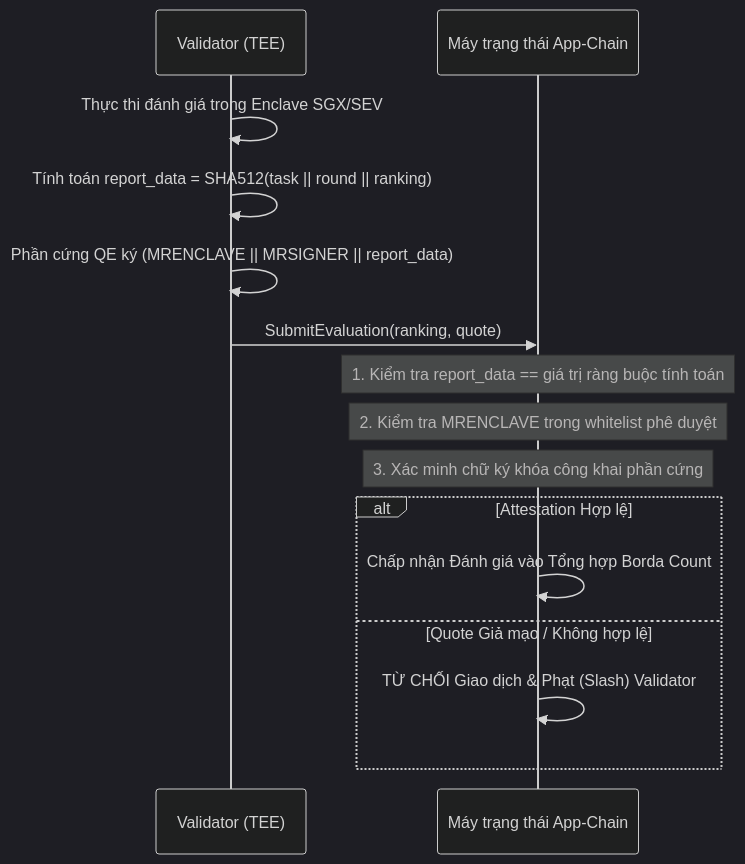
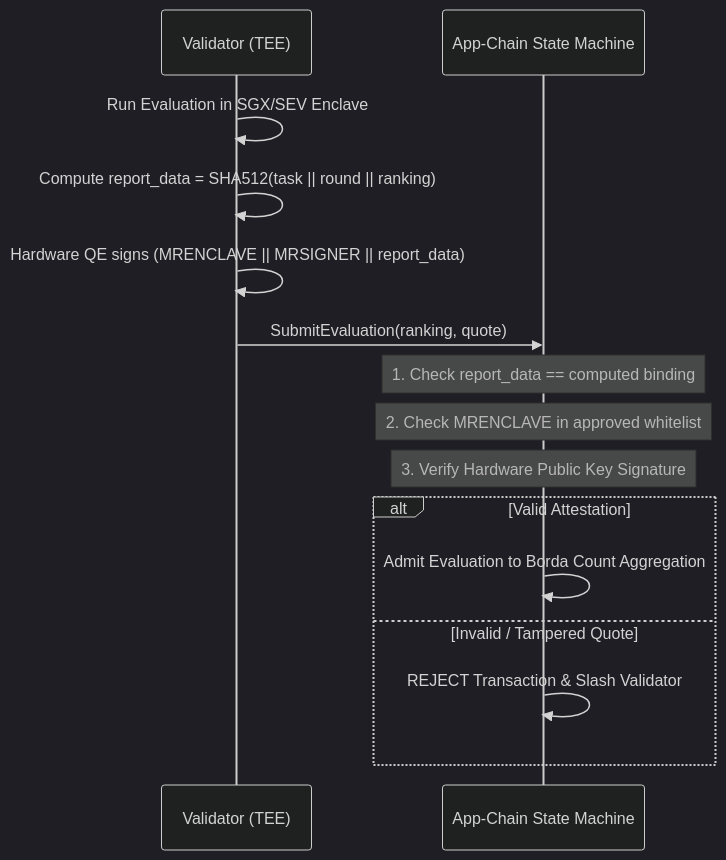
Before and after one commit to KhoaIsReal/DePEFT: the diagram in SECURITY_VI.md, drawn with Mermaid (dark theme). The commit also changed other lines of this file and 3 other files, not shown here.

````diff
--- a/SECURITY_VI.md
+++ b/SECURITY_VI.md
@@ -25,19 +25,19 @@
 ```mermaid
 sequenceDiagram
     participant Validator as Validator (TEE)
-    participant Chain as Máy trạng thái App-Chain
+    participant Chain as App-Chain State Machine
     
-    Validator->>Validator: Thực thi đánh giá trong Enclave SGX/SEV
-    Validator->>Validator: Tính toán report_data = SHA512(task || round || ranking)
-    Validator->>Validator: Phần cứng QE ký (MRENCLAVE || MRSIGNER || report_data)
+    Validator->>Validator: Run Evaluation in SGX/SEV Enclave
+    Validator->>Validator: Compute report_data = SHA512(task || round || ranking)
+    Validator->>Validator: Hardware QE signs (MRENCLAVE || MRSIGNER || report_data)
     Validator->>Chain: SubmitEvaluation(ranking, quote)
     
-    Note over Chain: 1. Kiểm tra report_data == giá trị ràng buộc tính toán
-    Note over Chain: 2. Kiểm tra MRENCLAVE trong whitelist phê duyệt
-    Note over Chain: 3. Xác minh chữ ký khóa công khai phần cứng
-    alt Attestation Hợp lệ
-        Chain->>Chain: Chấp nhận Đánh giá vào Tổng hợp Borda Count
-    else Quote Giả mạo / Không hợp lệ
-        Chain->>Chain: TỪ CHỐI Giao dịch & Phạt (Slash) Validator
+    Note over Chain: 1. Check report_data == computed binding
+    Note over Chain: 2. Check MRENCLAVE in approved whitelist
+    Note over Chain: 3. Verify Hardware Public Key Signature
+    alt Valid Attestation
+        Chain->>Chain: Admit Evaluation to Borda Count Aggregation
+    else Invalid / Tampered Quote
+        Chain->>Chain: REJECT Transaction & Slash Validator
     end
 ```
````
